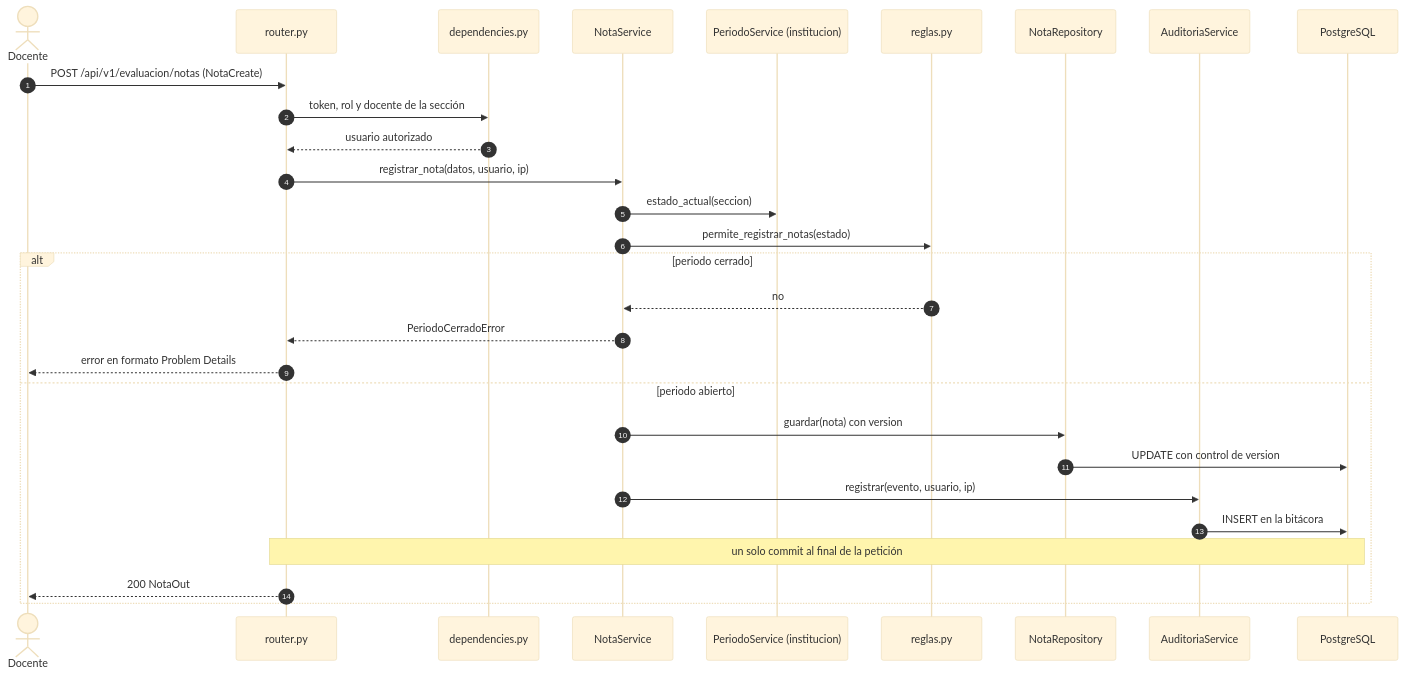
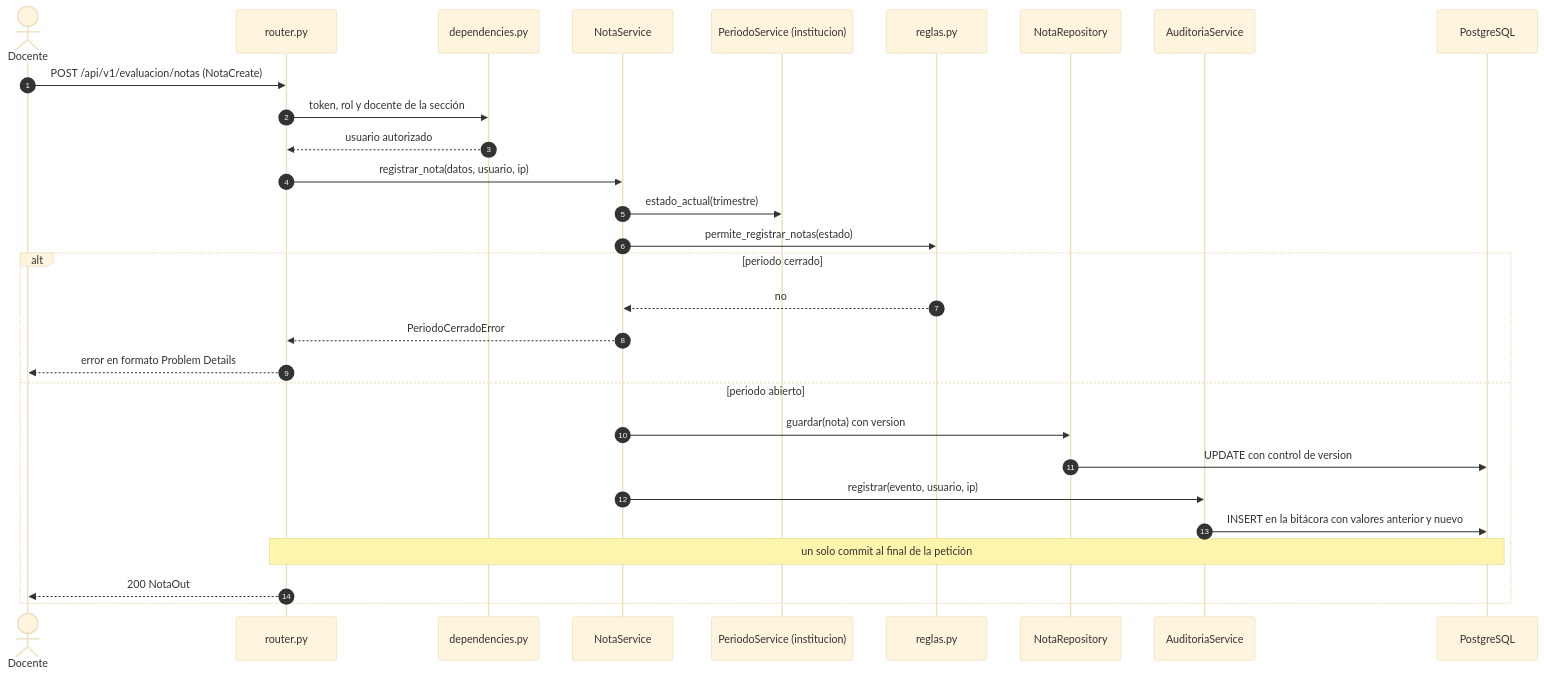
One commit to HafidJoss/PORTAL_DE_SERVICIOS_ESTUDIANTILES changed the third of 3 diagrams in docs/03-diseno-de-software/01-diseno-interno-de-modulos.md. Above: the diagram before and after it, drawn with Mermaid (base theme). The commit also changed other lines of this file and 2 other files, not shown here.

````diff
--- a/docs/03-diseno-de-software/01-diseno-interno-de-modulos.md
+++ b/docs/03-diseno-de-software/01-diseno-interno-de-modulos.md
@@ -183,32 +185,32 @@
 ```mermaid
 sequenceDiagram
     autonumber
     actor D as Docente
     participant R as router.py
     participant DEP as dependencies.py
     participant S as NotaService
     participant P as PeriodoService (institucion)
     participant G as reglas.py
     participant REP as NotaRepository
     participant A as AuditoriaService
     participant DB as PostgreSQL
 
     D->>R: POST /api/v1/evaluacion/notas (NotaCreate)
     R->>DEP: token, rol y docente de la sección
     DEP-->>R: usuario autorizado
     R->>S: registrar_nota(datos, usuario, ip)
-    S->>P: estado_actual(seccion)
+    S->>P: estado_actual(trimestre)
     S->>G: permite_registrar_notas(estado)
     alt periodo cerrado
         G-->>S: no
         S-->>R: PeriodoCerradoError
         R-->>D: error en formato Problem Details
     else periodo abierto
         S->>REP: guardar(nota) con version
         REP->>DB: UPDATE con control de version
         S->>A: registrar(evento, usuario, ip)
-        A->>DB: INSERT en la bitácora
+        A->>DB: INSERT en la bitácora con valores anterior y nuevo
         Note over R,DB: un solo commit al final de la petición
         R-->>D: 200 NotaOut
     end
 ```
````
